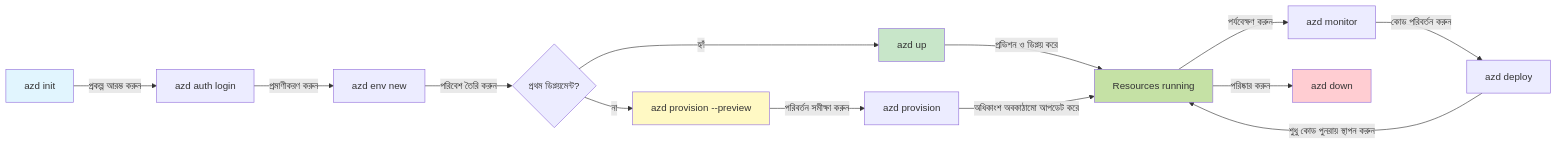
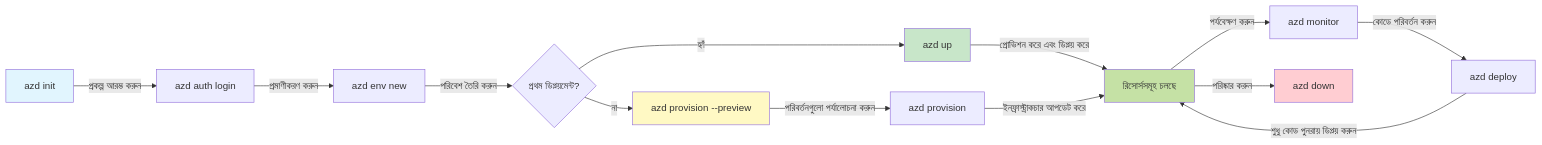
The first of 2 diagrams in translations/bn/docs/chapter-01-foundation/azd-basics.md (microsoft/AZD-for-beginners), drawn with Mermaid before and after one commit. The commit also changed other lines of this file and 104 other files, not shown here.

````diff
--- a/translations/bn/docs/chapter-01-foundation/azd-basics.md
+++ b/translations/bn/docs/chapter-01-foundation/azd-basics.md
@@ -269,21 +269,21 @@
 ```mermaid
 graph LR
     A[azd init] -->|প্রকল্প আরম্ভ করুন| B[azd auth login]
     B -->|প্রমাণীকরণ করুন| C[azd env new]
     C -->|পরিবেশ তৈরি করুন| D{প্রথম ডিপ্লয়মেন্ট?}
     D -->|হ্যাঁ| E[azd up]
     D -->|না| F[azd provision --preview]
-    F -->|পরিবর্তন সমীক্ষা করুন| G[azd provision]
-    E -->|প্রভিশন ও ডিপ্লয় করে| H[Resources running]
-    G -->|অধিকাংশ অবকাঠামো আপডেট করে| H
+    F -->|পরিবর্তনগুলো পর্যালোচনা করুন| G[azd provision]
+    E -->|প্রোভিশন করে এবং ডিপ্লয় করে| H[রিসোর্সসমূহ চলছে]
+    G -->|ইনফ্রাস্ট্রাকচার আপডেট করে| H
     H -->|পর্যবেক্ষণ করুন| I[azd monitor]
-    I -->|কোড পরিবর্তন করুন| J[azd deploy]
-    J -->|শুধু কোড পুনরায় স্থাপন করুন| H
+    I -->|কোডে পরিবর্তন করুন| J[azd deploy]
+    J -->|শুধু কোড পুনরায় ডিপ্লয় করুন| H
     H -->|পরিষ্কার করুন| K[azd down]
     
     style A fill:#e1f5fe
     style E fill:#c8e6c9
     style F fill:#fff9c4
     style H fill:#c5e1a5
     style K fill:#ffcdd2
 ```
````
